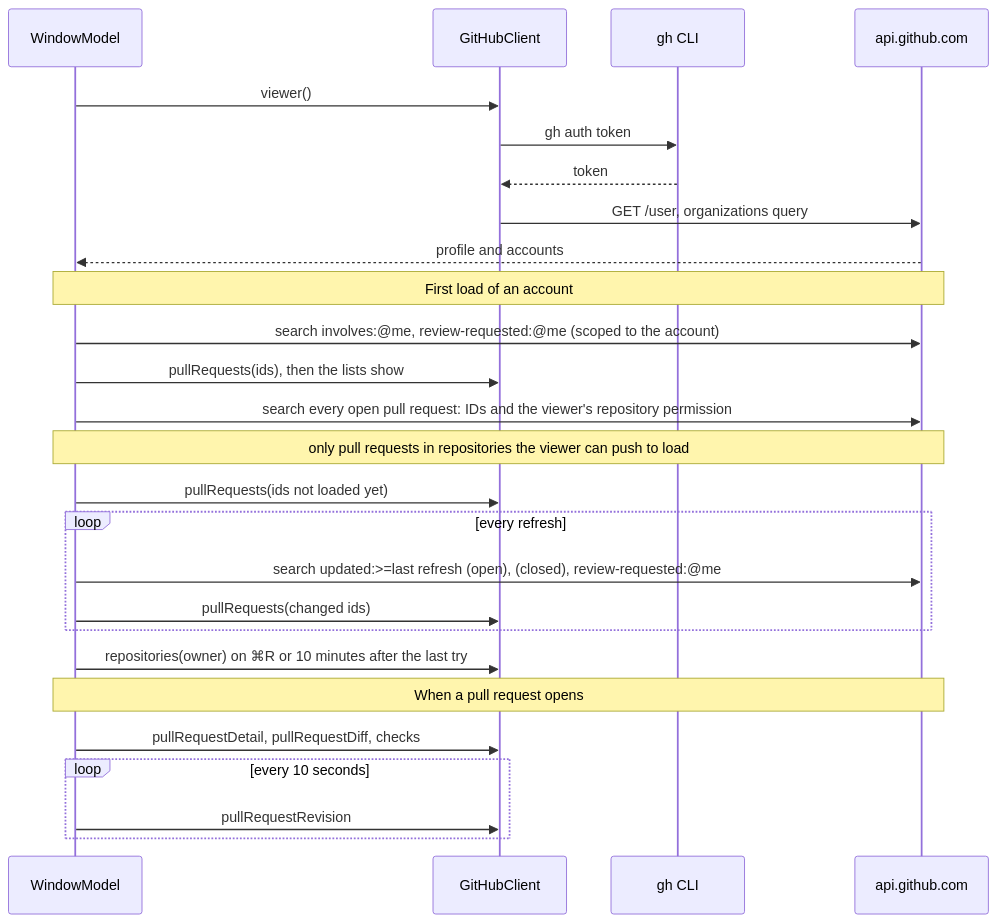
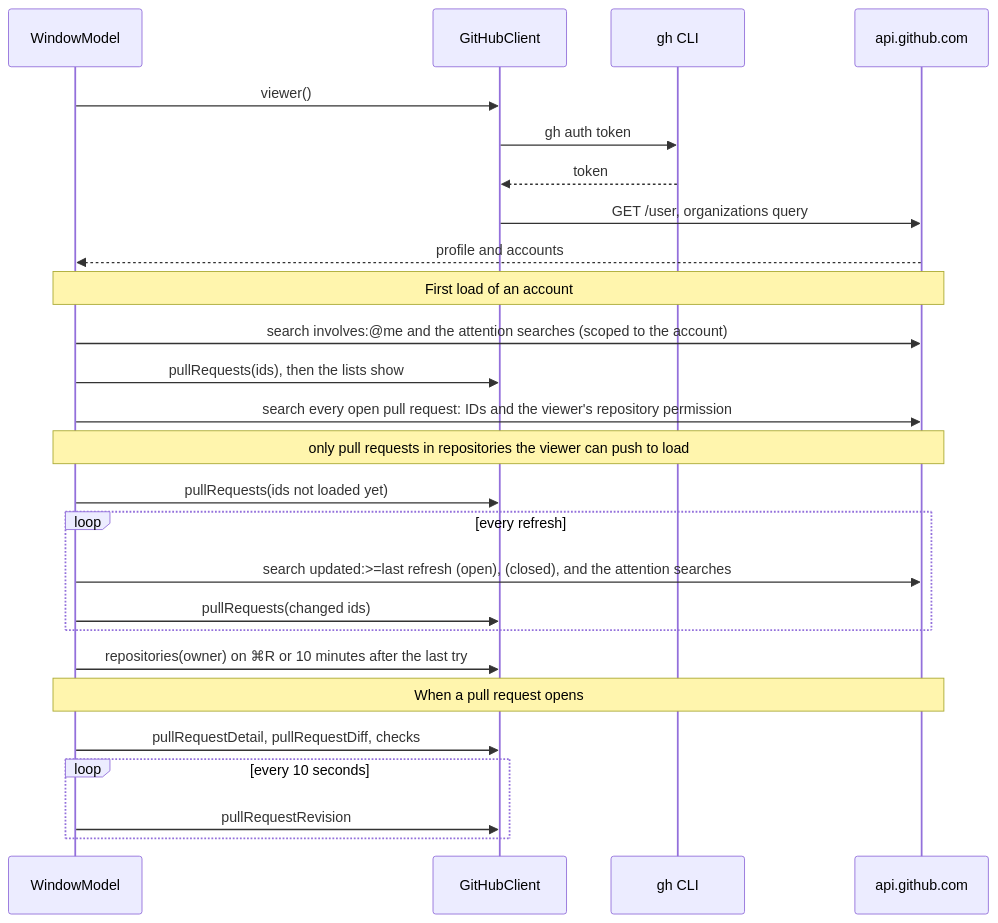
The diagram in plans/github.md (bojanrajkovic/hermes), drawn with Mermaid before and after one commit. The commit also changed 17 other files, not shown here.

First line of the commit message:
Replace "Needs Your Review" with a ranked attention inbox

````diff
--- a/plans/github.md
+++ b/plans/github.md
@@ -41,32 +41,32 @@
 ```mermaid
 sequenceDiagram
     participant App as WindowModel
     participant C as GitHubClient
     participant gh as gh CLI
     participant API as api.github.com
 
     App->>C: viewer()
     C->>gh: gh auth token
     gh-->>C: token
     C->>API: GET /user, organizations query
     API-->>App: profile and accounts
 
     Note over App,API: First load of an account
-    App->>API: search involves:@me, review-requested:@me (scoped to the account)
+    App->>API: search involves:@me and the attention searches (scoped to the account)
     App->>C: pullRequests(ids), then the lists show
     App->>API: search every open pull request: IDs and the viewer's repository permission
     Note over App,API: only pull requests in repositories the viewer can push to load
     App->>C: pullRequests(ids not loaded yet)
 
     loop every refresh
-        App->>API: search updated:>=last refresh (open), (closed), review-requested:@me
+        App->>API: search updated:>=last refresh (open), (closed), and the attention searches
         App->>C: pullRequests(changed ids)
     end
     App->>C: repositories(owner) on ⌘R or 10 minutes after the last try
 
     Note over App,API: When a pull request opens
     App->>C: pullRequestDetail, pullRequestDiff, checks
     loop every 10 seconds
         App->>C: pullRequestRevision
     end
 ```
````
